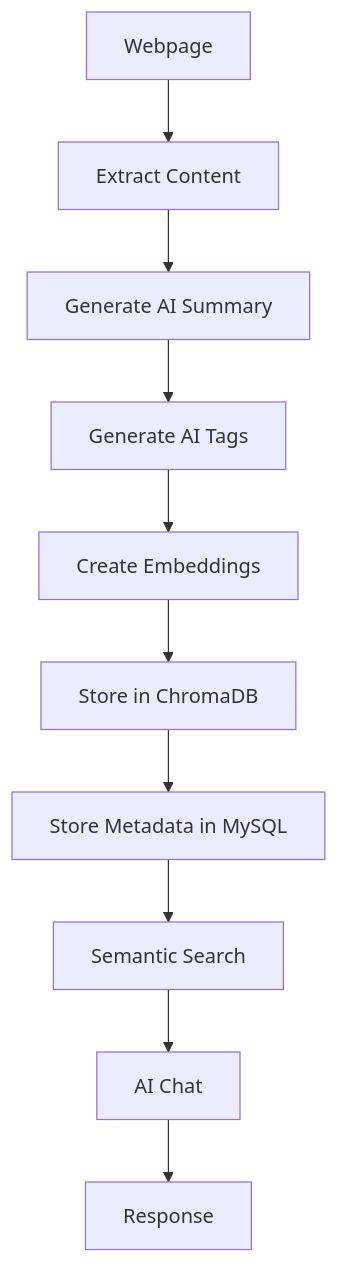
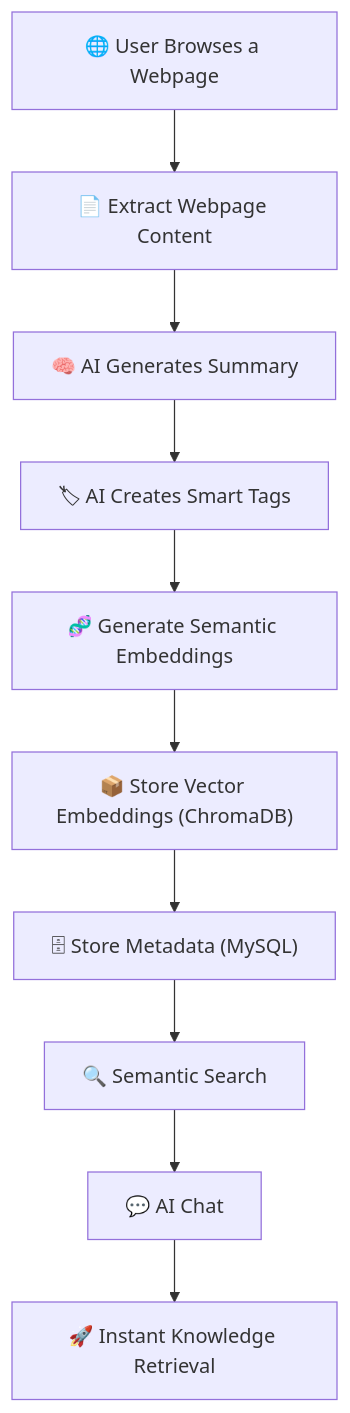
Before and after one commit to samruddhipawde/memora_extension: the second of 3 diagrams in README.md, drawn with Mermaid. The commit also changed other lines of this file, not shown here.

````diff
--- a/README.md
+++ b/README.md
@@ -135,23 +210,23 @@
 ```mermaid
 flowchart TD
 
-A[Webpage]
+A["🌐 User Browses a Webpage"]
 
---> B[Extract Content]
+--> B["📄 Extract Webpage Content"]
 
---> C[Generate AI Summary]
+--> C["🧠 AI Generates Summary"]
 
---> D[Generate AI Tags]
+--> D["🏷 AI Creates Smart Tags"]
 
---> E[Create Embeddings]
+--> E["🧬 Generate Semantic Embeddings"]
 
---> F[Store in ChromaDB]
+--> F["📦 Store Vector Embeddings (ChromaDB)"]
 
---> G[Store Metadata in MySQL]
+--> G["🗄 Store Metadata (MySQL)"]
 
---> H[Semantic Search]
+--> H["🔍 Semantic Search"]
 
---> I[AI Chat]
+--> I["💬 AI Chat"]
 
---> J[Response]
+--> J["🚀 Instant Knowledge Retrieval"]
 ```
````
